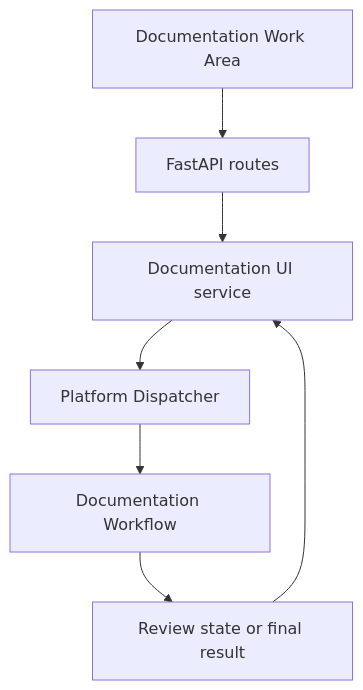
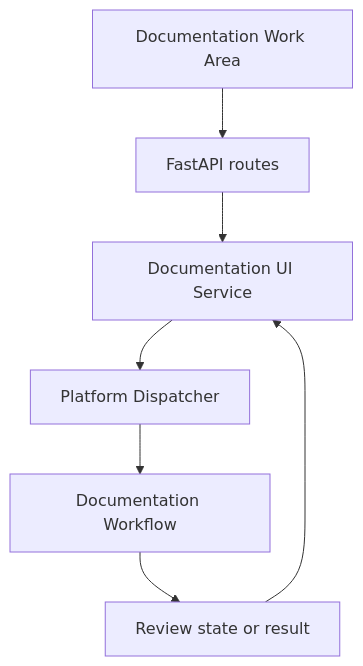
One commit to pgailinas/project0 changed the first of 2 diagrams in docs/agents/documentation/Documentation_Agent_Architecture.md. Above: the diagram before and after it, drawn with Mermaid. The commit also changed other lines of this file and 1 other file, not shown here.

Commit message:
Update 2 Architecture documents

````diff
--- a/docs/agents/documentation/Documentation_Agent_Architecture.md
+++ b/docs/agents/documentation/Documentation_Agent_Architecture.md
@@ -67,9 +23,9 @@
 ```mermaid
 flowchart TD
-    Browser["Documentation Work Area"] --> Routes["FastAPI routes"]
-    Routes --> UIService["Documentation UI service"]
-    UIService --> Dispatcher["Platform Dispatcher"]
-    Dispatcher --> Workflow["Documentation Workflow"]
-    Workflow --> Result["Review state or final result"]
-    Result --> UIService
+    B["Documentation Work Area"] --> R["FastAPI routes"]
+    R --> U["Documentation UI Service"]
+    U --> P["Platform Dispatcher"]
+    P --> W["Documentation Workflow"]
+    W --> S["Review state or result"]
+    S --> U
 ```
````
